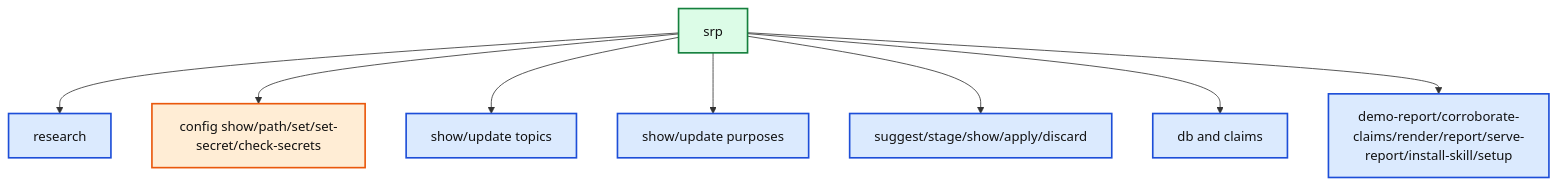
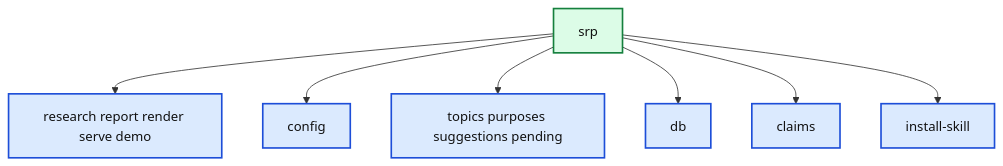
The diagram in docs/diagrams/src/command-surface.mmd (reshinto/social-research-probe), drawn with Mermaid before and after one commit. The commit also changed 107 other files, not shown here.

```diff
--- a/docs/diagrams/src/command-surface.mmd
+++ b/docs/diagrams/src/command-surface.mmd
@@ -1,20 +1,18 @@
 %%{init: {"theme":"base","themeVariables":{"background":"#ffffff","mainBkg":"#ffffff","primaryTextColor":"#111111","lineColor":"#333333","fontFamily":"Arial, sans-serif","clusterBkg":"#ffffff","clusterBorder":"#d0d7de"}}}%%
 flowchart TB
-  SRP["srp"] --> Research["research"]
-  SRP --> Config["config show/path/set/set-secret/check-secrets"]
-  SRP --> Topics["show/update topics"]
-  SRP --> Purposes["show/update purposes"]
-  SRP --> Suggestions["suggest/stage/show/apply/discard"]
-  SRP --> Review["db and claims"]
-  SRP --> Render["demo-report/corroborate-claims/render/report/serve-report/install-skill/setup"]
+  SRP["srp"] --> Research["research report render serve demo"]
+  SRP --> Config["config"]
+  SRP --> State["topics purposes suggestions pending"]
+  SRP --> DB["db"]
+  SRP --> Claims["claims"]
+  SRP --> Skill["install-skill"]
+  class SRP input;
+  class Research,Config,State,DB,Claims,Skill process;
 
   classDef input fill:#dcfce7,stroke:#15803d,color:#111111,stroke-width:2px;
   classDef process fill:#dbeafe,stroke:#1d4ed8,color:#111111,stroke-width:2px;
   classDef analysis fill:#fef3c7,stroke:#d97706,color:#111111,stroke-width:2px;
   classDef external fill:#ccfbf1,stroke:#0f766e,color:#111111,stroke-width:2px;
   classDef output fill:#ede9fe,stroke:#7c3aed,color:#111111,stroke-width:2px;
   classDef config fill:#ffedd5,stroke:#ea580c,color:#111111,stroke-width:2px;
   classDef risk fill:#fee2e2,stroke:#dc2626,color:#111111,stroke-width:2px;
-  class SRP input;
-  class Research,Topics,Purposes,Suggestions,Render,Review process;
-  class Config config;
```
